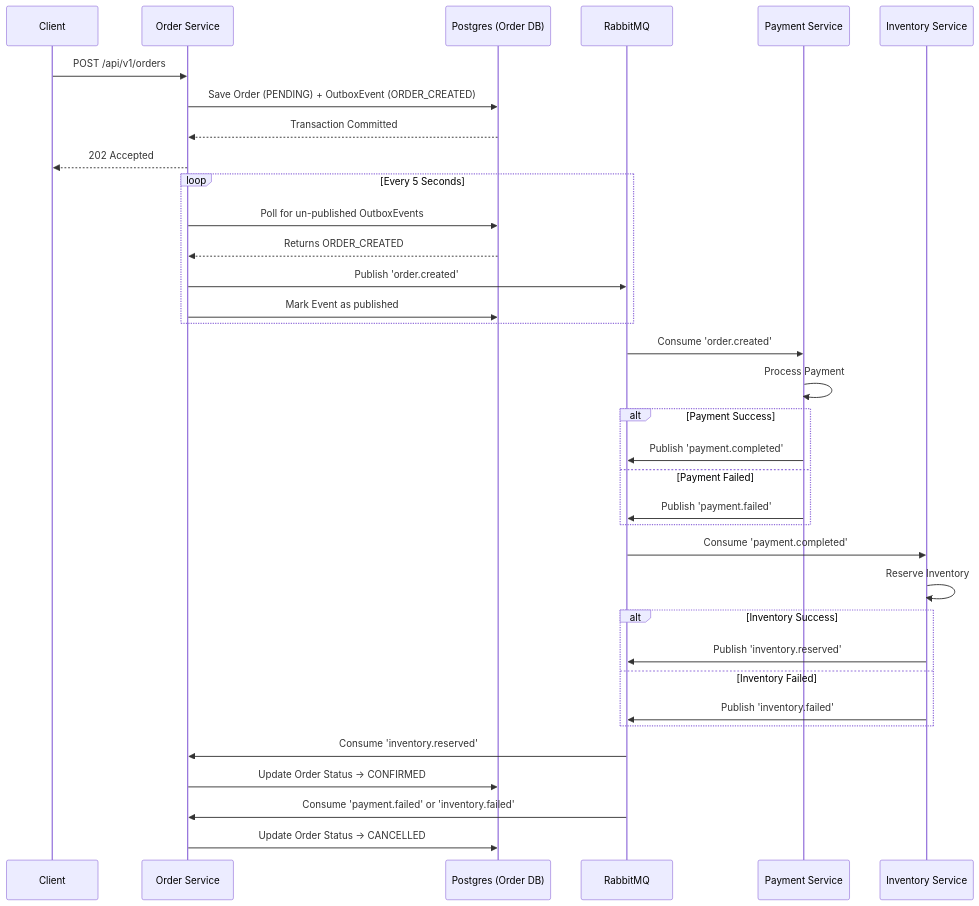
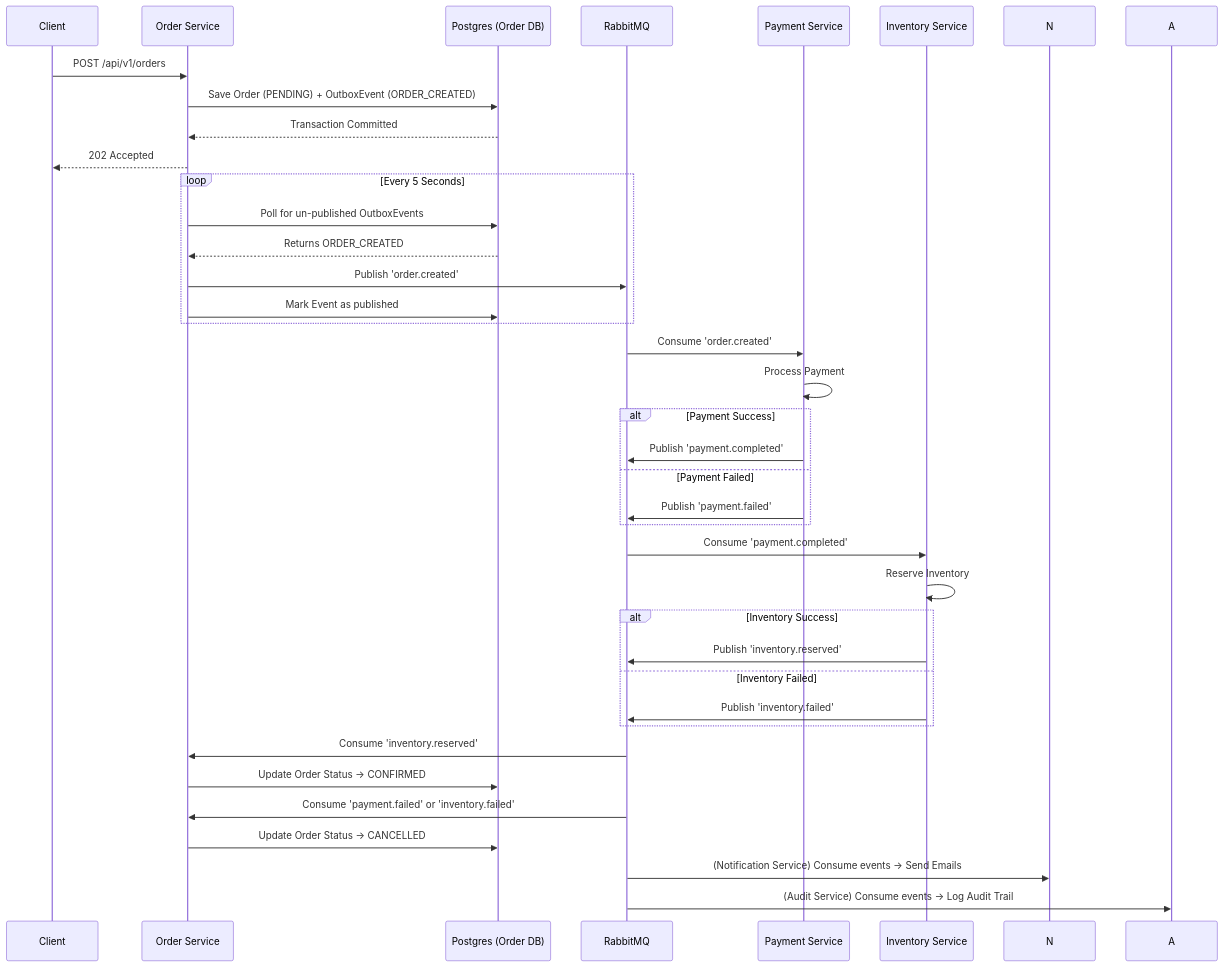
The second of 2 diagrams in docs/ARCHITECTURE.md (MicroEcomm/springboot-platform), drawn with Mermaid before and after one commit. The commit also changed other lines of this file and 4 other files, not shown here.

````diff
--- a/docs/ARCHITECTURE.md
+++ b/docs/ARCHITECTURE.md
@@ -34,43 +70,47 @@
 ```mermaid
 sequenceDiagram
     participant C as Client
     participant O as Order Service
     participant DB as Postgres (Order DB)
     participant MQ as RabbitMQ
     participant P as Payment Service
     participant I as Inventory Service
 
     C->>O: POST /api/v1/orders
     O->>DB: Save Order (PENDING) + OutboxEvent (ORDER_CREATED)
     DB-->>O: Transaction Committed
     O-->>C: 202 Accepted
 
     loop Every 5 Seconds
         O->>DB: Poll for un-published OutboxEvents
         DB-->>O: Returns ORDER_CREATED
         O->>MQ: Publish 'order.created'
         O->>DB: Mark Event as published
     end
 
     MQ->>P: Consume 'order.created'
     P->>P: Process Payment
     alt Payment Success
         P->>MQ: Publish 'payment.completed'
     else Payment Failed
         P->>MQ: Publish 'payment.failed'
     end
     
     MQ->>I: Consume 'payment.completed'
     I->>I: Reserve Inventory
     alt Inventory Success
         I->>MQ: Publish 'inventory.reserved'
     else Inventory Failed
         I->>MQ: Publish 'inventory.failed'
     end
     
     MQ->>O: Consume 'inventory.reserved'
     O->>DB: Update Order Status -> CONFIRMED
     
     MQ->>O: Consume 'payment.failed' or 'inventory.failed'
     O->>DB: Update Order Status -> CANCELLED
+    
+    %% Other Async listeners
+    MQ->>N: (Notification Service) Consume events -> Send Emails
+    MQ->>A: (Audit Service) Consume events -> Log Audit Trail
 ```
````
